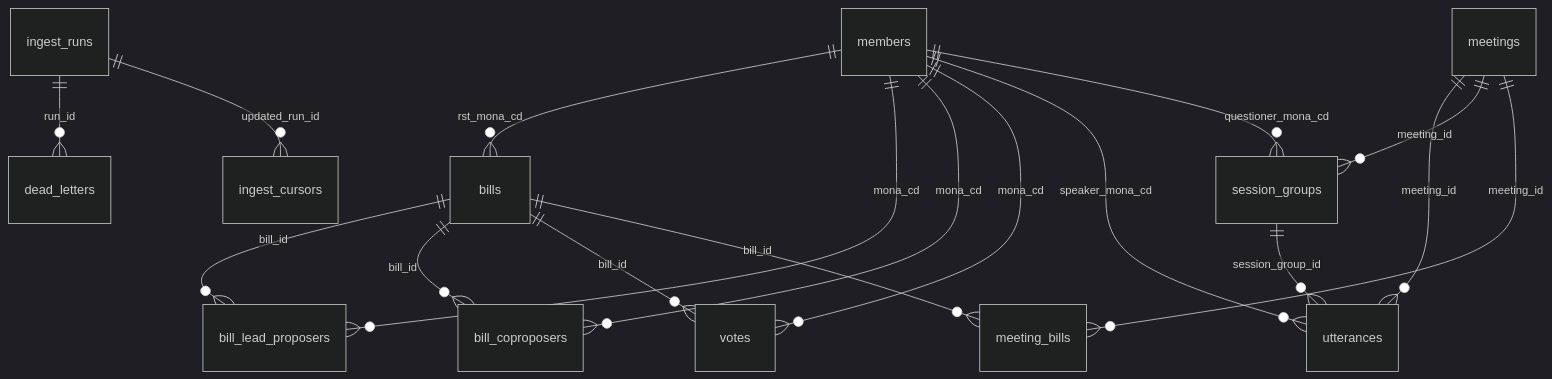
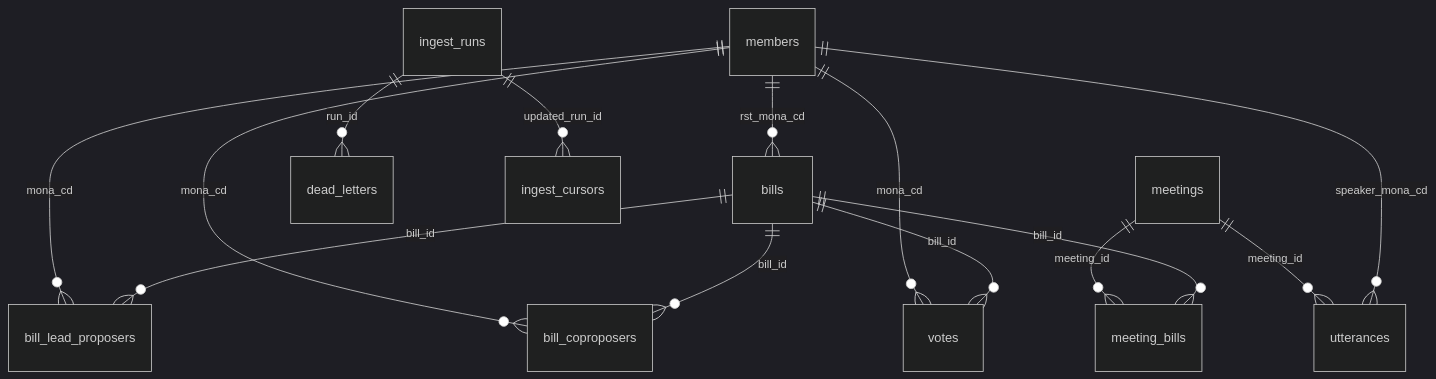
The diagram in docs/ERD.md (tjdwls101010/Congress-DB), drawn with Mermaid (dark theme) before and after one commit. The commit also changed other lines of this file and 40 other files, not shown here.

First line of the commit message:
Remove session_groups; skip already-linked meeting_bills in incremental

````diff
--- a/docs/ERD.md
+++ b/docs/ERD.md
@@ -7,19 +7,16 @@
 ```mermaid
 erDiagram
     members ||--o{ bills : "rst_mona_cd"
     members ||--o{ bill_lead_proposers : "mona_cd"
     bills ||--o{ bill_lead_proposers : "bill_id"
     members ||--o{ bill_coproposers : "mona_cd"
     bills ||--o{ bill_coproposers : "bill_id"
     members ||--o{ votes : "mona_cd"
     bills ||--o{ votes : "bill_id"
     meetings ||--o{ utterances : "meeting_id"
-    meetings ||--o{ session_groups : "meeting_id"
     meetings ||--o{ meeting_bills : "meeting_id"
     bills ||--o{ meeting_bills : "bill_id"
     members ||--o{ utterances : "speaker_mona_cd"
-    members ||--o{ session_groups : "questioner_mona_cd"
-    session_groups ||--o{ utterances : "session_group_id"
     ingest_runs ||--o{ dead_letters : "run_id"
     ingest_runs ||--o{ ingest_cursors : "updated_run_id"
 ```
````
